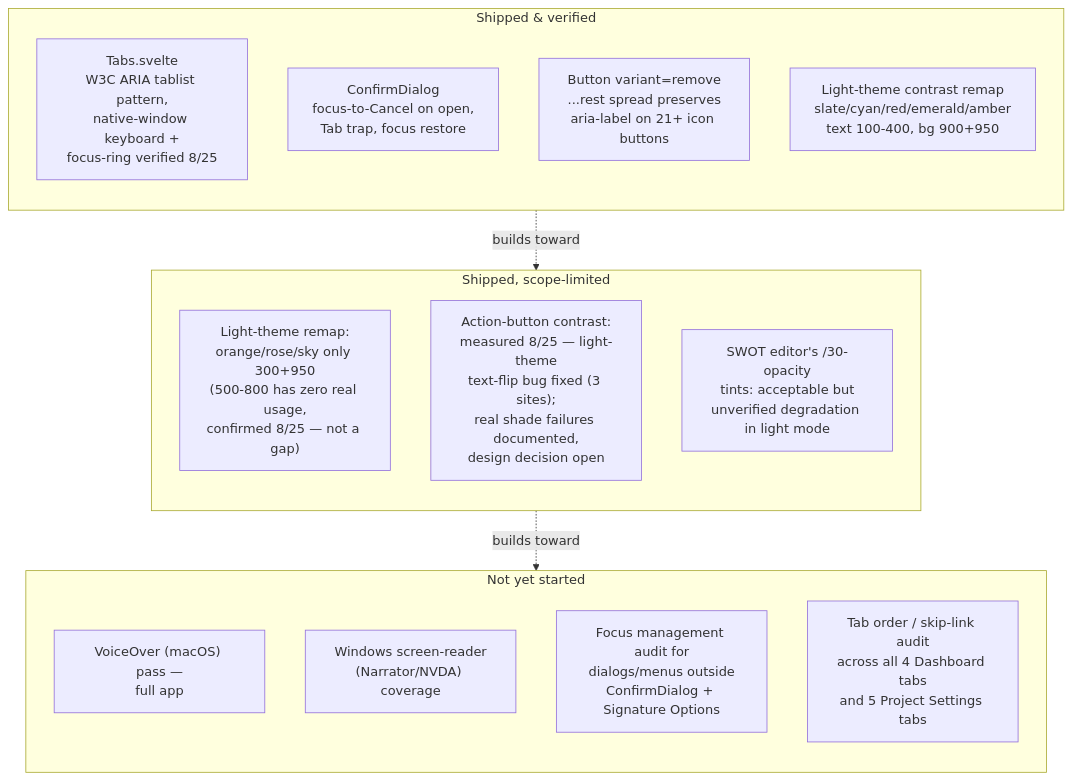
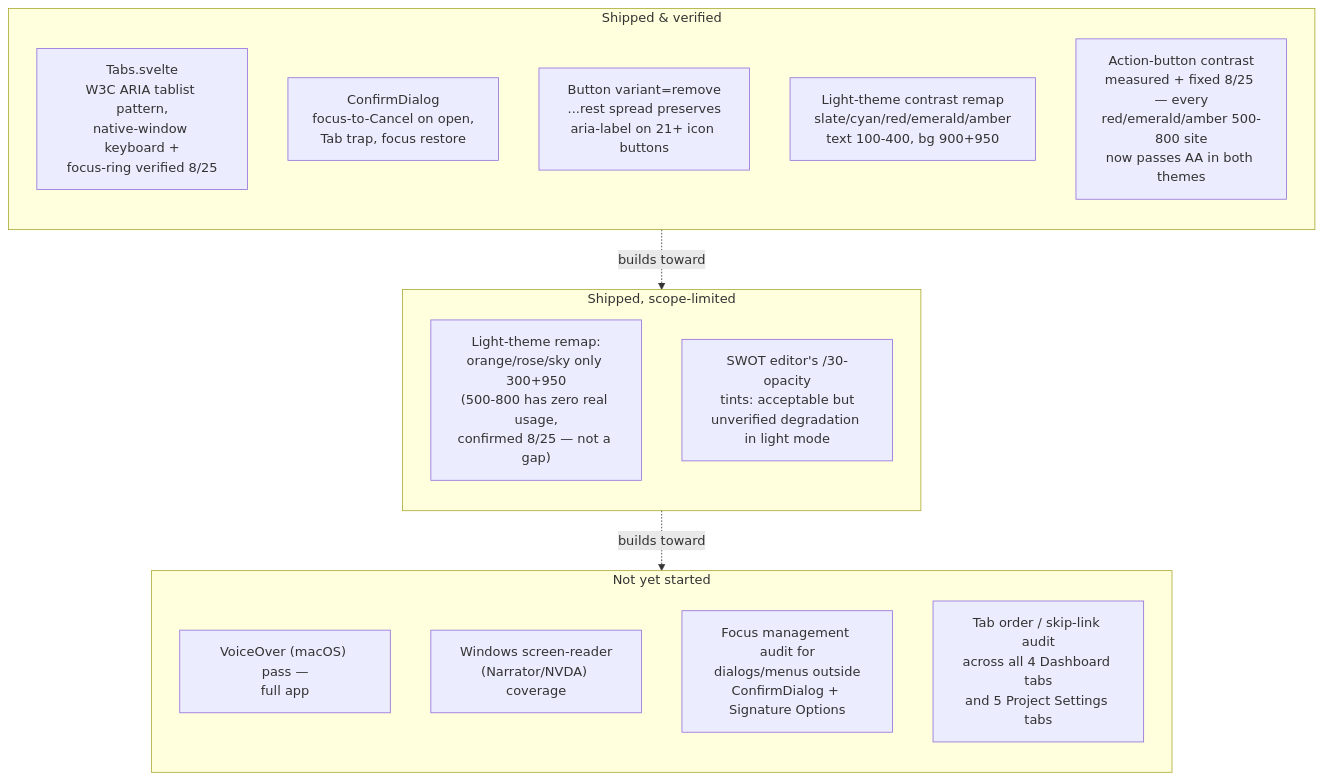
One commit to draconianneocoder-cpu/GoPMgr changed the diagram in docs/design/accessibility-remaining-work-plan.md. Above: the diagram before and after it, drawn with Mermaid. The commit also changed other lines of this file and 13 other files, not shown here.

````diff
--- a/docs/design/accessibility-remaining-work-plan.md
+++ b/docs/design/accessibility-remaining-work-plan.md
@@ -34,25 +34,25 @@
 ```mermaid
 flowchart TB
     subgraph shipped["Shipped & verified"]
         direction TB
         S1["Tabs.svelte<br/>W3C ARIA tablist pattern,<br/>native-window keyboard +<br/>focus-ring verified 8/25"]
         S2["ConfirmDialog<br/>focus-to-Cancel on open,<br/>Tab trap, focus restore"]
         S3["Button variant=remove<br/>...rest spread preserves<br/>aria-label on 21+ icon buttons"]
         S4["Light-theme contrast remap<br/>slate/cyan/red/emerald/amber<br/>text 100-400, bg 900+950"]
+        S5["Action-button contrast<br/>measured + fixed 8/25 — every<br/>red/emerald/amber 500-800 site<br/>now passes AA in both themes"]
     end
     subgraph partial["Shipped, scope-limited"]
         direction TB
         P1["Light-theme remap:<br/>orange/rose/sky only 300+950<br/>(500-800 has zero real usage,<br/>confirmed 8/25 — not a gap)"]
-        P2["Action-button contrast:<br/>measured 8/25 — light-theme<br/>text-flip bug fixed (3 sites);<br/>real shade failures documented,<br/>design decision open"]
         P3["SWOT editor's /30-opacity<br/>tints: acceptable but<br/>unverified degradation in light mode"]
     end
     subgraph missing["Not yet started"]
         direction TB
         M2["VoiceOver (macOS) pass —<br/>full app"]
         M3["Windows screen-reader<br/>(Narrator/NVDA) coverage"]
         M4["Focus management audit for<br/>dialogs/menus outside<br/>ConfirmDialog + Signature Options"]
         M5["Tab order / skip-link audit<br/>across all 4 Dashboard tabs<br/>and 5 Project Settings tabs"]
     end
     shipped -.->|"builds toward"| partial
     partial -.->|"builds toward"| missing
 ```
````
